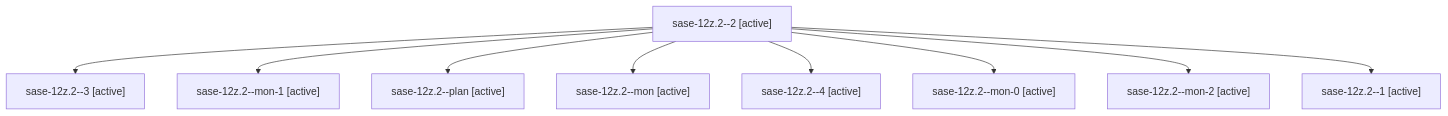
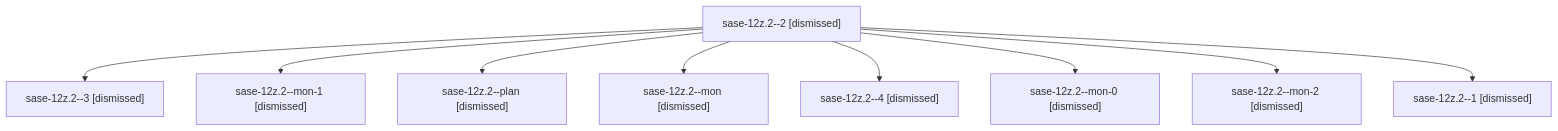
Before and after one commit to sase-org/sase--agents: the diagram in sessions/bbugyi200.athena.sase-12z.2.md, drawn with Mermaid. The commit also changed other lines of this file and 219 other files, not shown here.

````diff
--- a/sessions/bbugyi200.athena.sase-12z.2.md
+++ b/sessions/bbugyi200.athena.sase-12z.2.md
@@ -9,20 +9,20 @@
 ```mermaid
 flowchart TD
-  n0["sase-12z.2--2 [active]"]
-  n1["sase-12z.2--3 [active]"]
+  n0["sase-12z.2--2 [dismissed]"]
+  n1["sase-12z.2--3 [dismissed]"]
   n0 --> n1
-  n2["sase-12z.2--mon-1 [active]"]
+  n2["sase-12z.2--mon-1 [dismissed]"]
   n0 --> n2
-  n3["sase-12z.2--plan [active]"]
+  n3["sase-12z.2--plan [dismissed]"]
   n0 --> n3
-  n4["sase-12z.2--mon [active]"]
+  n4["sase-12z.2--mon [dismissed]"]
   n0 --> n4
-  n5["sase-12z.2--4 [active]"]
+  n5["sase-12z.2--4 [dismissed]"]
   n0 --> n5
-  n6["sase-12z.2--mon-0 [active]"]
+  n6["sase-12z.2--mon-0 [dismissed]"]
   n0 --> n6
-  n7["sase-12z.2--mon-2 [active]"]
+  n7["sase-12z.2--mon-2 [dismissed]"]
   n0 --> n7
-  n8["sase-12z.2--1 [active]"]
+  n8["sase-12z.2--1 [dismissed]"]
   n0 --> n8
 ```
````
